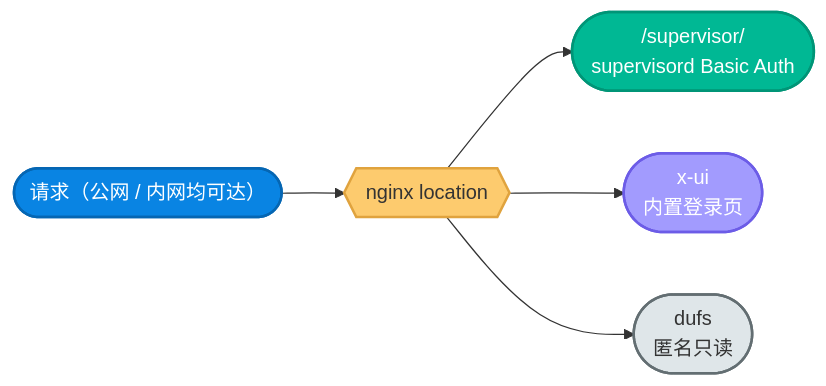
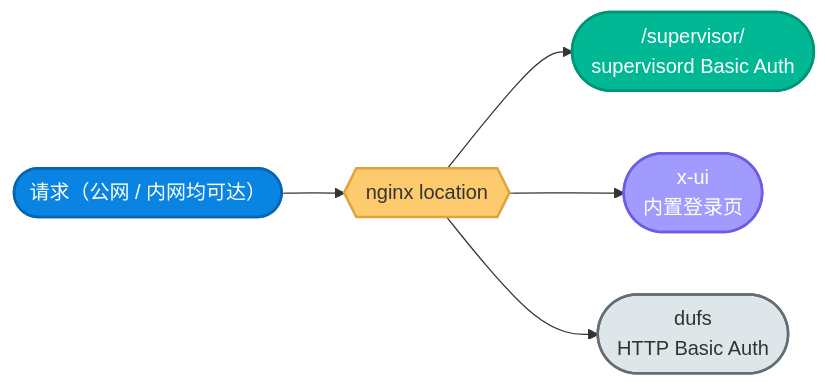
One commit to currycan/sb-xray changed diagram 14 of 19 in docs/02-protocols-and-security.md. Above: the diagram before and after it, drawn with Mermaid. The commit also changed other lines of this file and 1 other file, not shown here.

Commit message:
docs: 修正 dufs 认证描述—实为 -a HTTP Basic Auth 非匿名只读(review W1/W2)
技术经理审查指出:dufs 由 daemon.ini 的 -a ${PUBLIC_USER}:${PUBLIC_PASSWORD}@/:rw
启动,有 HTTP Basic Auth(未认证 401),非前一提交误写的「无认证/匿名只读」;且
DUFS_ALLOW_ALL=false 因 clap 布尔语义实际关不掉(既有 docs/04 深挖已坐实)。
更正 docs/02 §1.15 dufs 行+Mermaid 节点、docs/04 DUFS_ALLOW_UPLOAD 行,与既有
docs/04 面板表/深挖一致。三个管理面板去 ACL 后均有各自认证(supervisord/x-ui/dufs)。

````diff
--- a/docs/02-protocols-and-security.md
+++ b/docs/02-protocols-and-security.md
@@ -597,17 +597,17 @@
 ```mermaid
 flowchart LR
     Req(["请求（公网 / 内网均可达）"]) --> P{{"nginx location"}}
     P --> Sup(["/supervisor/<br/>supervisord Basic Auth"])
     P --> Xui(["x-ui<br/>内置登录页"])
-    P --> Dufs(["dufs<br/>匿名只读"])
+    P --> Dufs(["dufs<br/>HTTP Basic Auth"])
     class Req entry
     class P gateway
     class Sup process
     class Xui xray
     class Dufs external
     classDef entry    fill:#0984e3,stroke:#0566b3,stroke-width:2px,color:#fff
     classDef gateway  fill:#fdcb6e,stroke:#e0a33e,stroke-width:2px,color:#333
     classDef process  fill:#00b894,stroke:#009577,stroke-width:2px,color:#fff
     classDef xray     fill:#a29bfe,stroke:#6c5ce7,stroke-width:2px,color:#fff
     classDef external fill:#dfe6e9,stroke:#636e72,stroke-width:2px,color:#333
 ```
````
